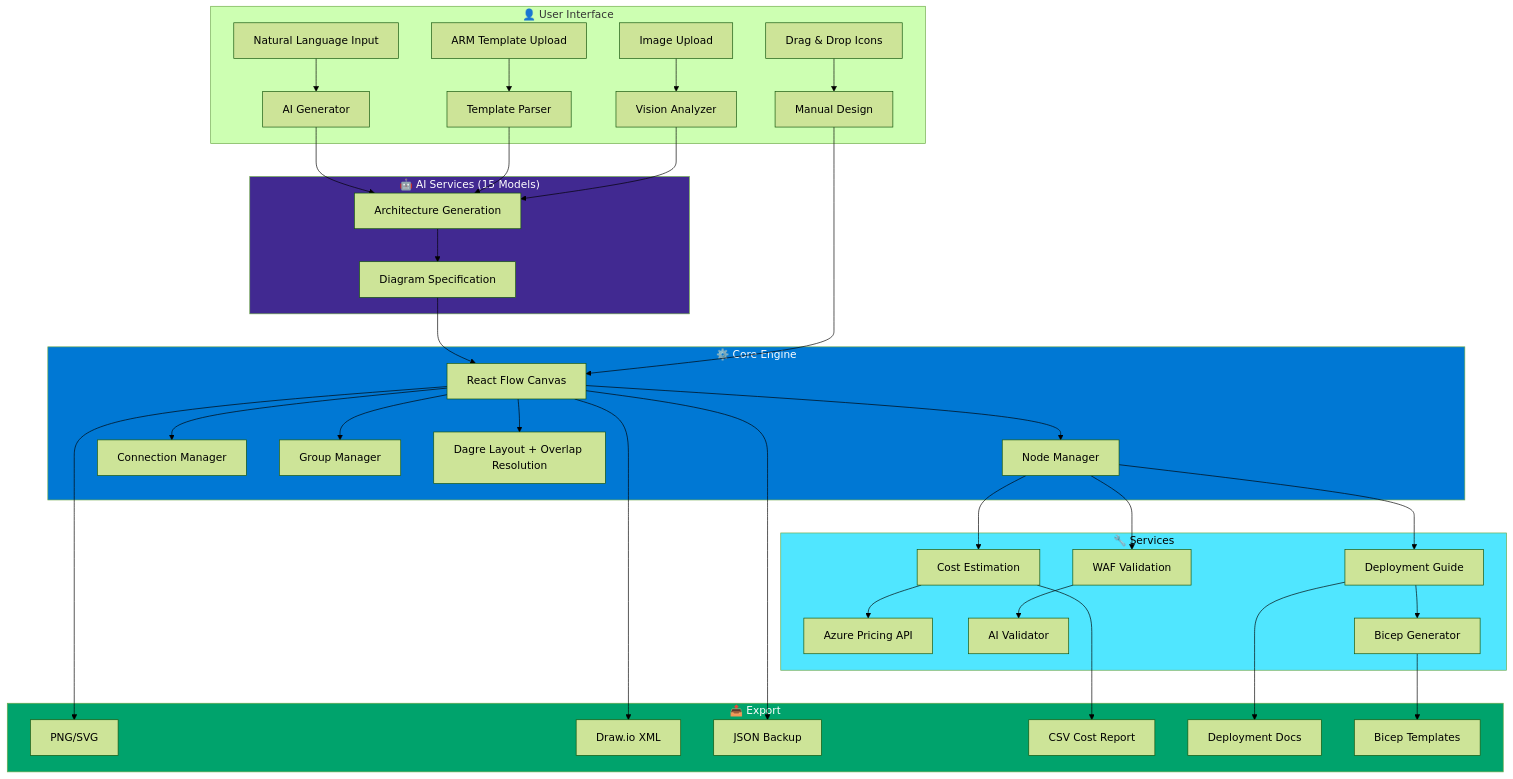
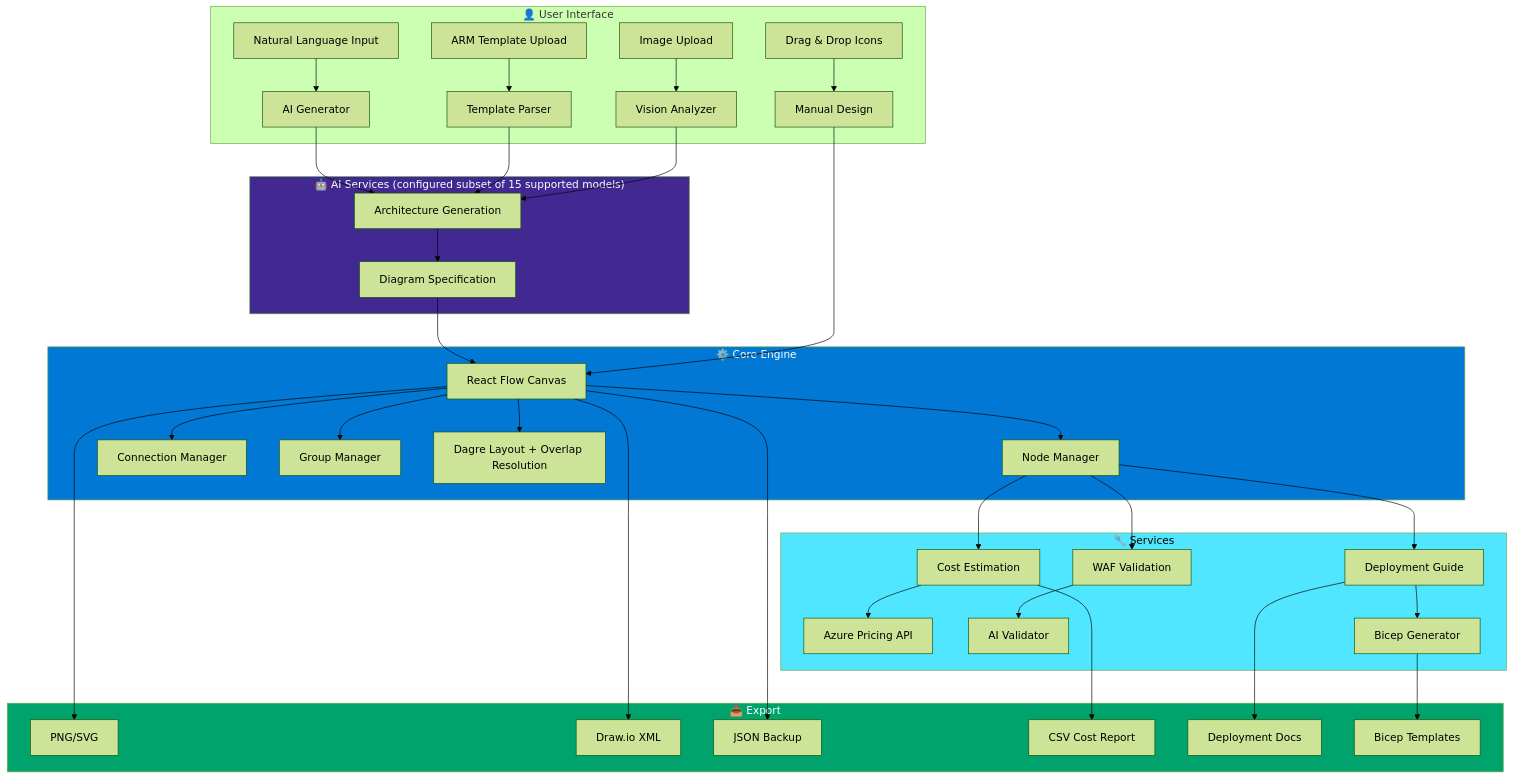
Before and after one commit to Arturo-Quiroga-MSFT/azure-architecture-diagram-builder: the first of 4 diagrams in README.md, drawn with Mermaid (forest theme). The commit also changed other lines of this file, not shown here.

First line of the commit message:
Align README diagrams with greenfield deployment

````diff
--- a/README.md
+++ b/README.md
@@ -252,48 +252,48 @@
 ```mermaid
 flowchart TD
     subgraph User["👤 User Interface"]
         A[Natural Language Input] --> B[AI Generator]
         C[ARM Template Upload] --> D[Template Parser]
         E[Drag & Drop Icons] --> F[Manual Design]
         G[Image Upload] --> H[Vision Analyzer]
     end
 
-    subgraph AI["🤖 AI Services (15 Models)"]
+    subgraph AI["🤖 AI Services (configured subset of 15 supported models)"]
         B --> I[Architecture Generation]
         D --> I
         H --> I
         I --> J[Diagram Specification]
     end
 
     subgraph Core["⚙️ Core Engine"]
         J --> K[React Flow Canvas]
         F --> K
         K --> L[Node Manager]
         K --> M[Connection Manager]
         K --> N[Group Manager]
         K --> O[Dagre Layout + Overlap Resolution]
     end
 
     subgraph Services["🔧 Services"]
         L --> P[Cost Estimation]
         L --> Q[WAF Validation]
         L --> R[Deployment Guide]
         P --> S[Azure Pricing API]
         Q --> T[AI Validator]
         R --> U[Bicep Generator]
     end
 
     subgraph Export["📤 Export"]
         K --> V[PNG/SVG]
         K --> W[Draw.io XML]
         K --> X[JSON Backup]
         P --> Y[CSV Cost Report]
         R --> Z[Deployment Docs]
         U --> AA[Bicep Templates]
     end
 
     style AI fill:#412991,color:#fff
     style Core fill:#0078D4,color:#fff
     style Services fill:#50E6FF,color:#000
     style Export fill:#00A36C,color:#fff
 ```
````
